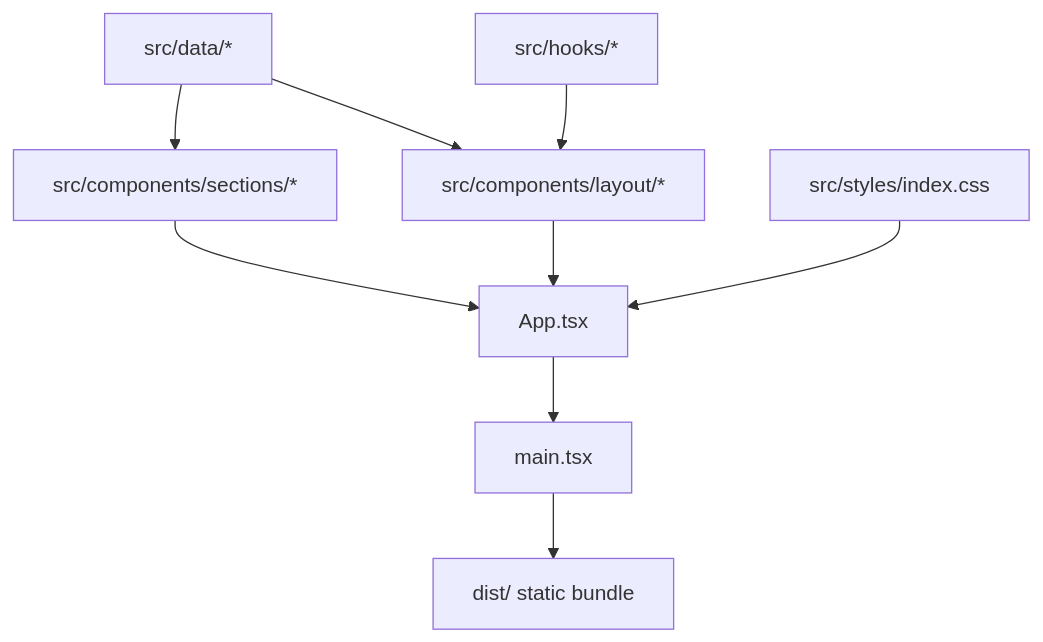
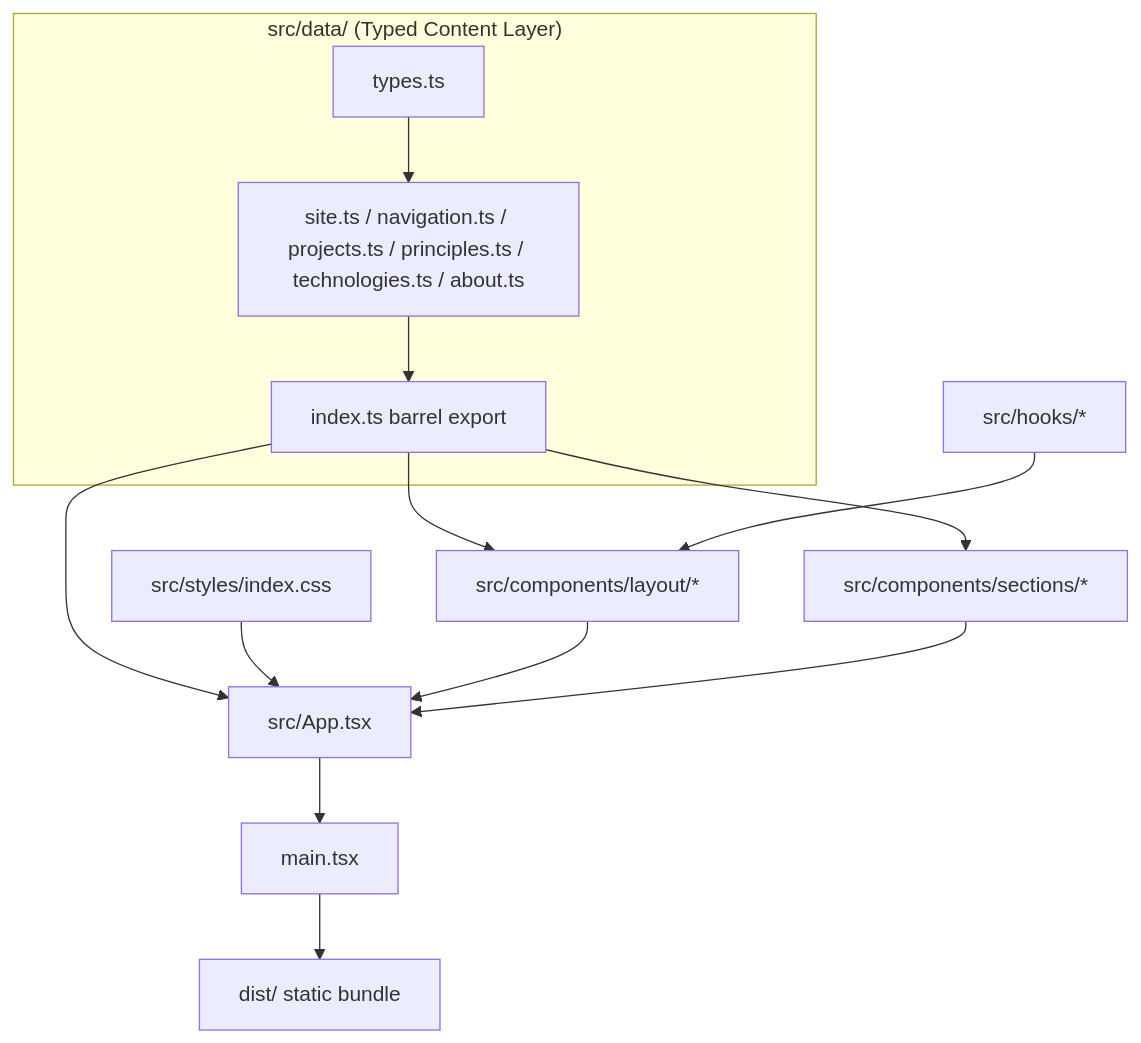
Before and after one commit to AlexandrMisiuk/my-web-site: the diagram in docs/architecture.md, drawn with Mermaid. The commit also changed other lines of this file and 13 other files, not shown here.

Commit message:
Add strictly typed TypeScript data layer with reusable models, initial profile, navigation, projects, principles, technologies, and documentation.

````diff
--- a/docs/architecture.md
+++ b/docs/architecture.md
@@ -36,11 +47,21 @@
 ```mermaid
 graph TD
-    DATA[src/data/*] --> SECTIONS[src/components/sections/*]
-    DATA --> LAYOUT[src/components/layout/*]
+    subgraph DataLayer["src/data/ (Typed Content Layer)"]
+        TYPES[types.ts]
+        MODULES[site.ts / navigation.ts / projects.ts / principles.ts / technologies.ts / about.ts]
+        INDEX[index.ts barrel export]
+        
+        TYPES --> MODULES
+        MODULES --> INDEX
+    end
+
+    INDEX --> SECTIONS[src/components/sections/*]
+    INDEX --> LAYOUT[src/components/layout/*]
+    INDEX --> APP[src/App.tsx]
     HOOKS[src/hooks/*] --> LAYOUT
-    CSS[src/styles/index.css] --> APP[App.tsx]
+    CSS[src/styles/index.css] --> APP
     LAYOUT --> APP
     SECTIONS --> APP
     APP --> MAIN[main.tsx]
     MAIN --> DIST[dist/ static bundle]
 ```
````
